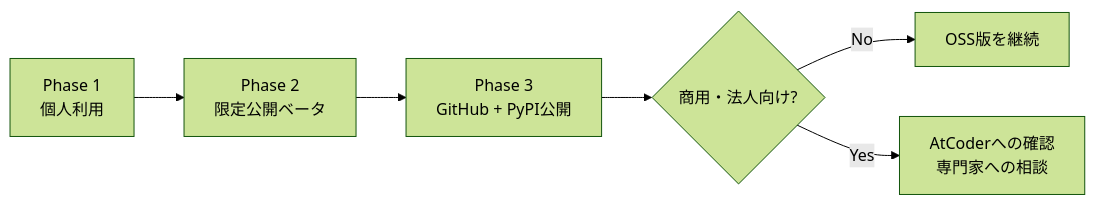
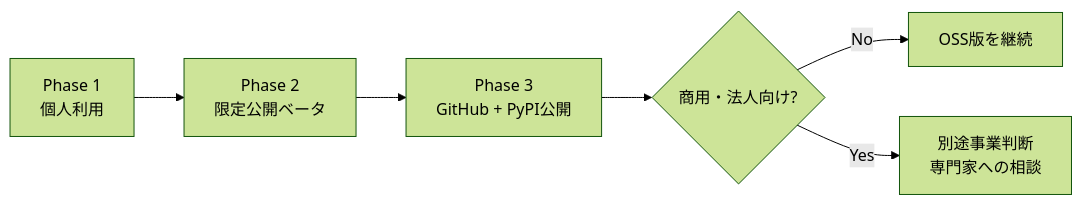
Before and after one commit to mgmaru/algo-loom-design: the sixth of 6 diagrams in docs/operations/algoloom-distribution.md, drawn with Mermaid (forest theme). The commit also changed other lines of this file and 16 other files, not shown here.

````diff
--- a/docs/operations/algoloom-distribution.md
+++ b/docs/operations/algoloom-distribution.md
@@ -817,8 +832,8 @@
 ```mermaid
 flowchart LR
     P1[Phase 1<br/>個人利用] --> P2[Phase 2<br/>限定公開ベータ]
     P2 --> P3[Phase 3<br/>GitHub + PyPI公開]
     P3 --> P4{商用・法人向け?}
     P4 -->|No| O[OSS版を継続]
-    P4 -->|Yes| C[AtCoderへの確認<br/>専門家への相談]
+    P4 -->|Yes| C[別途事業判断<br/>専門家への相談]
 ```
````
